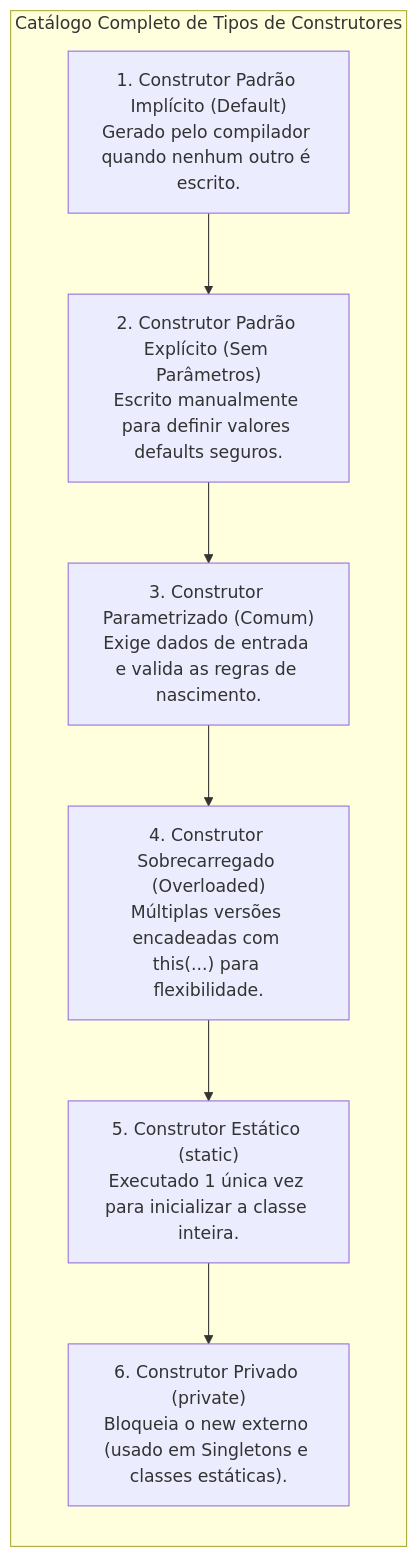
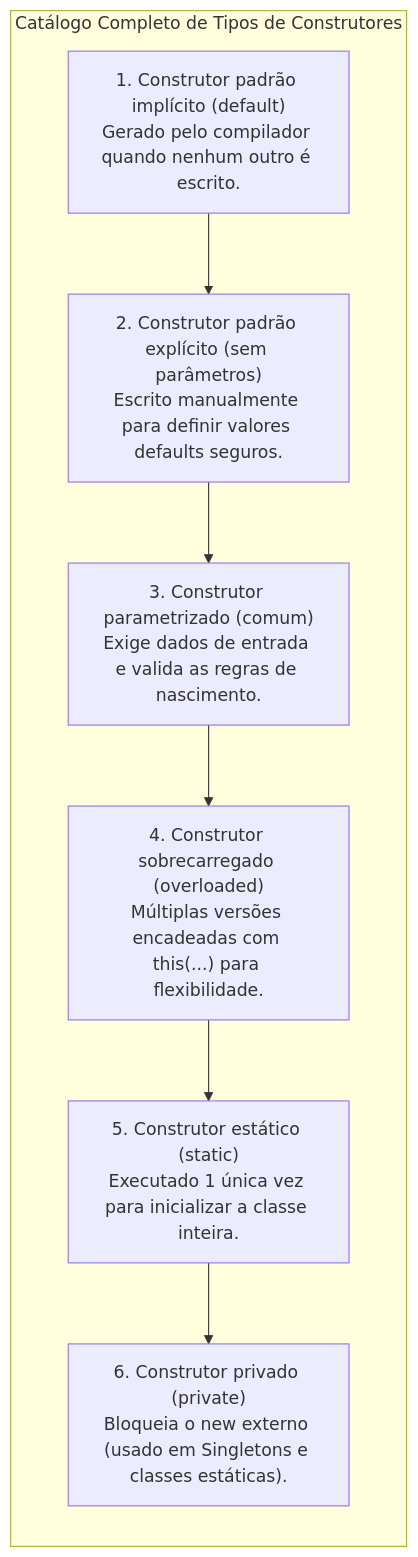
Before and after one commit to leorruas/puc: the fourth of 7 diagrams in 01. Programacao Modular/08. Construtores (inicialização, sobrecarga e garantia de invariantes).md, drawn with Mermaid. The commit also changed other lines of this file and 1 other file, not shown here.

Commit message:
fix(style): auditoria e padronizacao estrita de Sentence Case em rotulos, diagramas, listas e tabelas em Programacao Modular

````diff
--- a/01. Programacao Modular/08. Construtores (inicialização, sobrecarga e garantia de invariantes).md
+++ b/01. Programacao Modular/08. Construtores (inicialização, sobrecarga e garantia de invariantes).md
@@ -111,18 +111,18 @@
 ```mermaid
 flowchart TD
     subgraph Catalogo ["Catálogo Completo de Tipos de Construtores"]
         direction TB
-        T1["1. Construtor Padrão Implícito (Default)<br>Gerado pelo compilador quando nenhum outro é escrito."]
-        T2["2. Construtor Padrão Explícito (Sem Parâmetros)<br>Escrito manualmente para definir valores defaults seguros."]
-        T3["3. Construtor Parametrizado (Comum)<br>Exige dados de entrada e valida as regras de nascimento."]
-        T4["4. Construtor Sobrecarregado (Overloaded)<br>Múltiplas versões encadeadas com this(...) para flexibilidade."]
-        T5["5. Construtor Estático (static)<br>Executado 1 única vez para inicializar a classe inteira."]
-        T6["6. Construtor Privado (private)<br>Bloqueia o new externo (usado em Singletons e classes estáticas)."]
+        T1["1. Construtor padrão implícito (default)<br>Gerado pelo compilador quando nenhum outro é escrito."]
+        T2["2. Construtor padrão explícito (sem parâmetros)<br>Escrito manualmente para definir valores defaults seguros."]
+        T3["3. Construtor parametrizado (comum)<br>Exige dados de entrada e valida as regras de nascimento."]
+        T4["4. Construtor sobrecarregado (overloaded)<br>Múltiplas versões encadeadas com this(...) para flexibilidade."]
+        T5["5. Construtor estático (static)<br>Executado 1 única vez para inicializar a classe inteira."]
+        T6["6. Construtor privado (private)<br>Bloqueia o new externo (usado em Singletons e classes estáticas)."]
 
         T1 --> T2
         T2 --> T3
         T3 --> T4
         T4 --> T5
         T5 --> T6
     end
 ```
````
